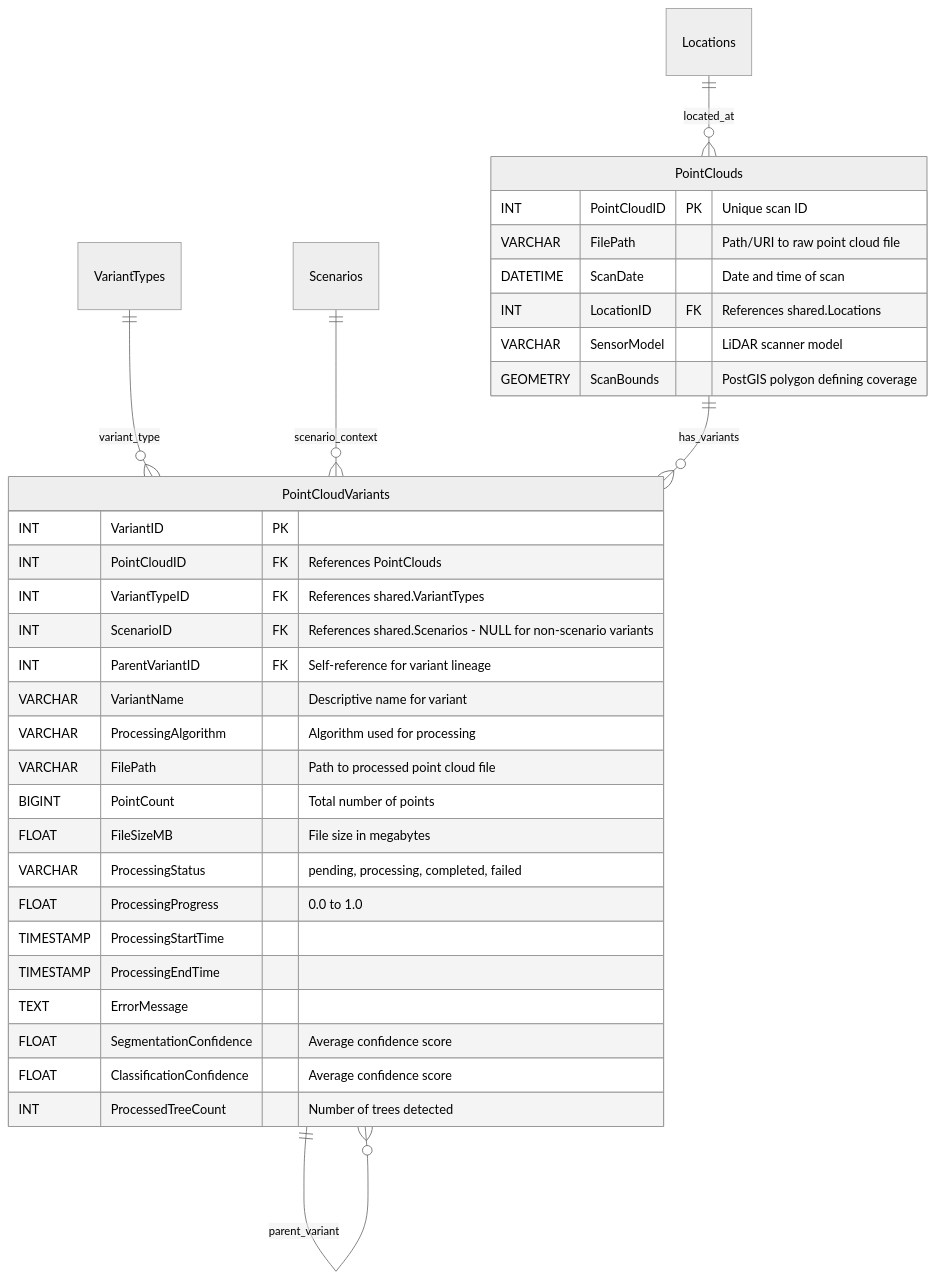
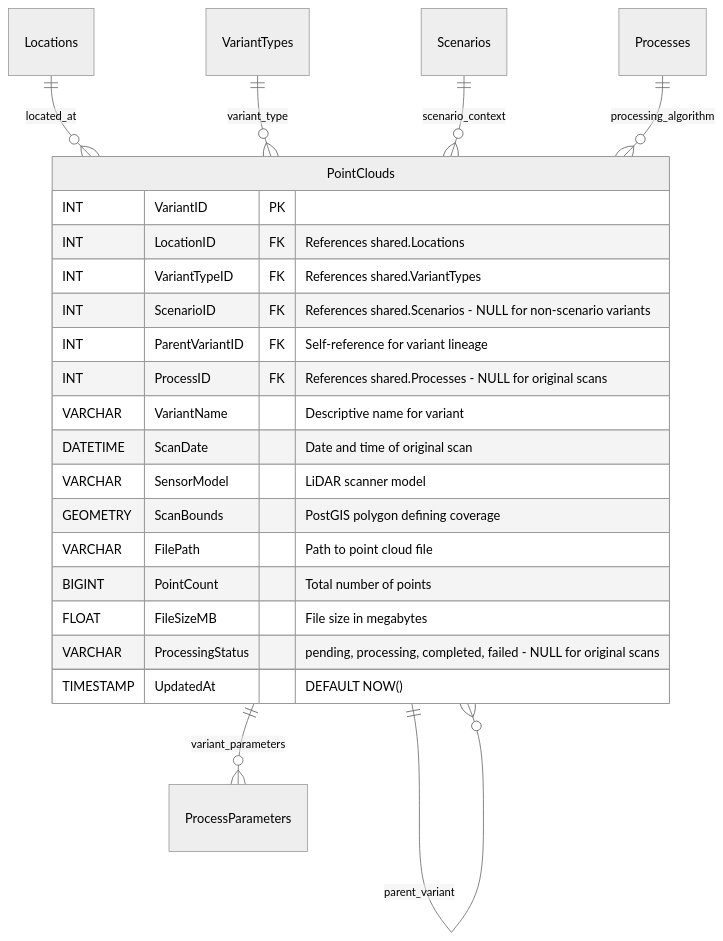
The seventh of 10 diagrams in docs/architecture/database.md (XRFutureForests/digital-twin-db), drawn with Mermaid before and after one commit. The commit also changed other lines of this file, not shown here.

Commit message:
fixes audit log design and adds processing parameter tracking

````diff
--- a/docs/architecture/database.md
+++ b/docs/architecture/database.md
@@ -194,45 +261,36 @@
 ```mermaid
 %%{init: {
   "theme": "neutral"
 }}%%
 erDiagram
     Locations
     VariantTypes
     Scenarios
+    Processes
+    ProcessParameters
 
     PointClouds {
-        INT PointCloudID PK "Unique scan ID"
-        VARCHAR FilePath "Path/URI to raw point cloud file"
-        DATETIME ScanDate "Date and time of scan"
+        INT VariantID PK
         INT LocationID FK "References shared.Locations"
-        VARCHAR SensorModel "LiDAR scanner model"
-        GEOMETRY ScanBounds "PostGIS polygon defining coverage"
-    }
-
-    PointCloudVariants {
-        INT VariantID PK
-        INT PointCloudID FK "References PointClouds"
         INT VariantTypeID FK "References shared.VariantTypes"
         INT ScenarioID FK "References shared.Scenarios - NULL for non-scenario variants"
         INT ParentVariantID FK "Self-reference for variant lineage"
+        INT ProcessID FK "References shared.Processes - NULL for original scans"
         VARCHAR VariantName "Descriptive name for variant"
-        VARCHAR ProcessingAlgorithm "Algorithm used for processing"
-        VARCHAR FilePath "Path to processed point cloud file"
+        DATETIME ScanDate "Date and time of original scan"
+        VARCHAR SensorModel "LiDAR scanner model"
+        GEOMETRY ScanBounds "PostGIS polygon defining coverage"
+        VARCHAR FilePath "Path to point cloud file"
         BIGINT PointCount "Total number of points"
         FLOAT FileSizeMB "File size in megabytes"
-        VARCHAR ProcessingStatus "pending, processing, completed, failed"
-        FLOAT ProcessingProgress "0.0 to 1.0"
-        TIMESTAMP ProcessingStartTime
-        TIMESTAMP ProcessingEndTime
-        TEXT ErrorMessage
-        FLOAT SegmentationConfidence "Average confidence score"
-        FLOAT ClassificationConfidence "Average confidence score"
-        INT ProcessedTreeCount "Number of trees detected"
+        VARCHAR ProcessingStatus "pending, processing, completed, failed - NULL for original scans"
+        TIMESTAMP UpdatedAt "DEFAULT NOW()"
     }
 
     Locations ||--o{ PointClouds : located_at
-    VariantTypes ||--o{ PointCloudVariants : variant_type
-    Scenarios ||--o{ PointCloudVariants : scenario_context
-    PointClouds ||--o{ PointCloudVariants : has_variants
-    PointCloudVariants ||--o{ PointCloudVariants : parent_variant
+    VariantTypes ||--o{ PointClouds : variant_type
+    Scenarios ||--o{ PointClouds : scenario_context
+    Processes ||--o{ PointClouds : processing_algorithm
+    PointClouds ||--o{ PointClouds : parent_variant
+    PointClouds ||--o{ ProcessParameters : variant_parameters
 ```
````
